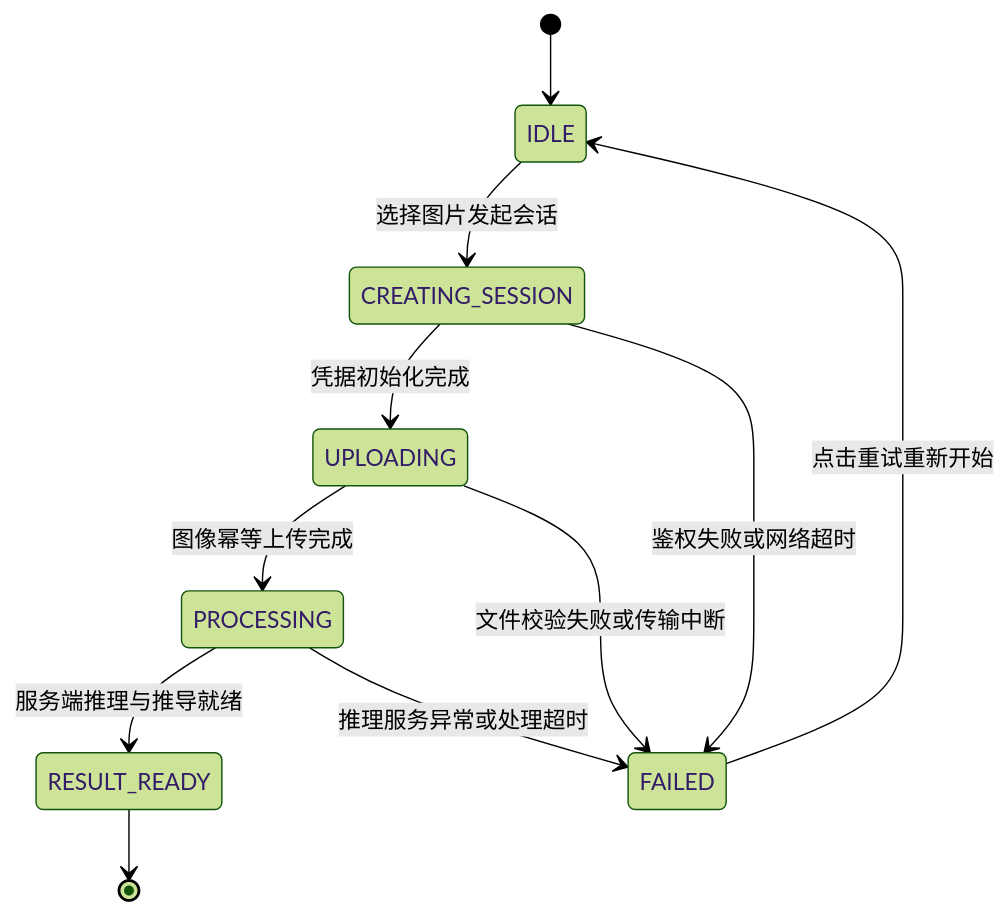
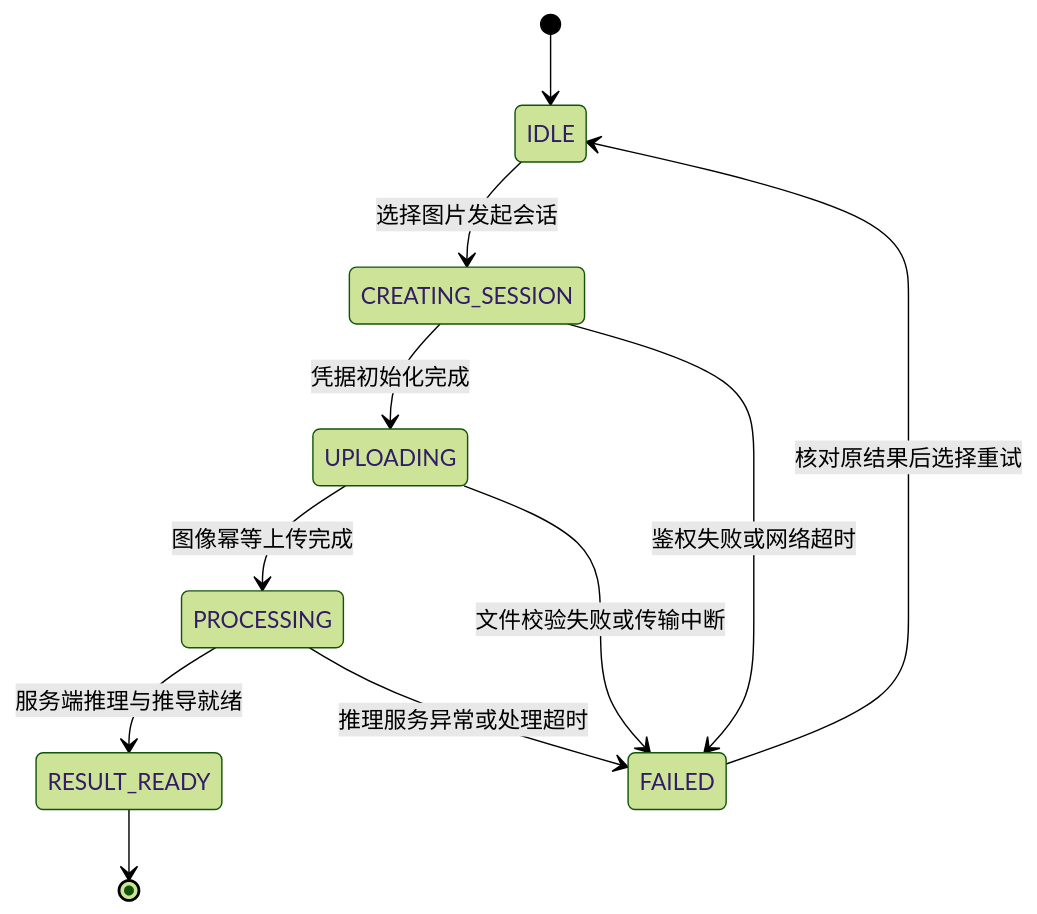
One commit to QingMouFoodDate/WebClient changed the second of 2 diagrams in README.md. Above: the diagram before and after it, drawn with Mermaid (forest theme). The commit also changed other lines of this file, not shown here.

````diff
--- a/README.md
+++ b/README.md
@@ -89,14 +95,14 @@
 ```mermaid
 stateDiagram-v2
     [*] --> IDLE
     IDLE --> CREATING_SESSION: 选择图片发起会话
     CREATING_SESSION --> UPLOADING: 凭据初始化完成
     UPLOADING --> PROCESSING: 图像幂等上传完成
     PROCESSING --> RESULT_READY: 服务端推理与推导就绪
     RESULT_READY --> [*]
 
     CREATING_SESSION --> FAILED: 鉴权失败或网络超时
     UPLOADING --> FAILED: 文件校验失败或传输中断
     PROCESSING --> FAILED: 推理服务异常或处理超时
-    FAILED --> IDLE: 点击重试重新开始
+    FAILED --> IDLE: 核对原结果后选择重试
 ```
````
